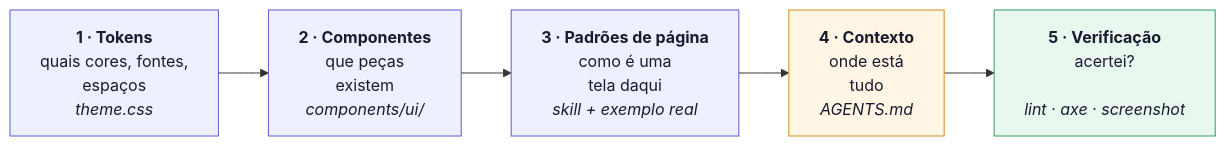
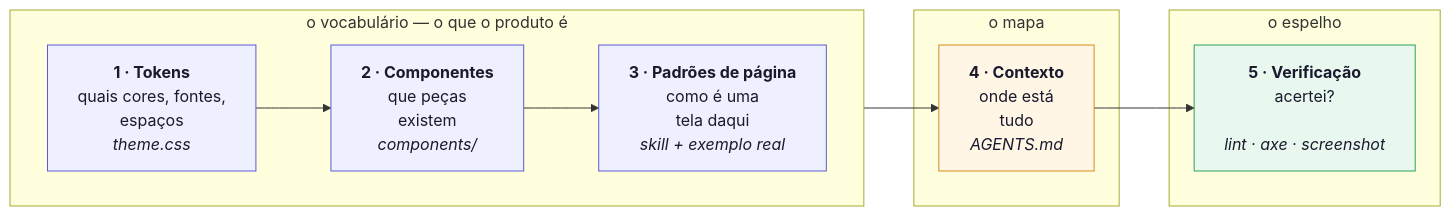
One commit to supernova-labs/design-em-projetos-de-ai changed the first of 9 diagrams in docs/playbook.md. Above: the diagram before and after it, drawn with Mermaid. The commit also changed other lines of this file and 1 other file, not shown here.

````diff
--- a/docs/playbook.md
+++ b/docs/playbook.md
@@ -58,15 +58,22 @@
 ```mermaid
 flowchart LR
-    L1["<b>1 · Tokens</b><br/>quais cores, fontes,<br/>espaços<br/><i>theme.css</i>"]
-    L2["<b>2 · Componentes</b><br/>que peças<br/>existem<br/><i>components/ui/</i>"]
-    L3["<b>3 · Padrões de página</b><br/>como é uma<br/>tela daqui<br/><i>skill + exemplo real</i>"]
-    L4["<b>4 · Contexto</b><br/>onde está<br/>tudo<br/><i>AGENTS.md</i>"]
-    L5["<b>5 · Verificação</b><br/>acertei?<br/>&nbsp;<br/><i>lint · axe · screenshot</i>"]
+    subgraph V["o vocabulário — o que o produto é"]
+        direction LR
+        L1["<b>1 · Tokens</b><br/>quais cores, fontes,<br/>espaços<br/><i>theme.css</i>"]
+        L2["<b>2 · Componentes</b><br/>que peças<br/>existem<br/><i>components/</i>"]
+        L3["<b>3 · Padrões de página</b><br/>como é uma<br/>tela daqui<br/><i>skill + exemplo real</i>"]
+    end
+    subgraph M["o mapa"]
+        L4["<b>4 · Contexto</b><br/>onde está<br/>tudo<br/><i>AGENTS.md</i>"]
+    end
+    subgraph E["o espelho"]
+        L5["<b>5 · Verificação</b><br/>acertei?<br/>&nbsp;<br/><i>lint · axe · screenshot</i>"]
+    end
     L1 --> L2 --> L3 --> L4 --> L5
     classDef voc fill:#eef0ff,stroke:#5b5bd6,color:#1a1a2e
     classDef map fill:#fff6e5,stroke:#d98b1e,color:#1a1a2e
     classDef mir fill:#e9f8ef,stroke:#2f9e5f,color:#1a1a2e
     class L1,L2,L3 voc
     class L4 map
     class L5 mir
 ```
````
